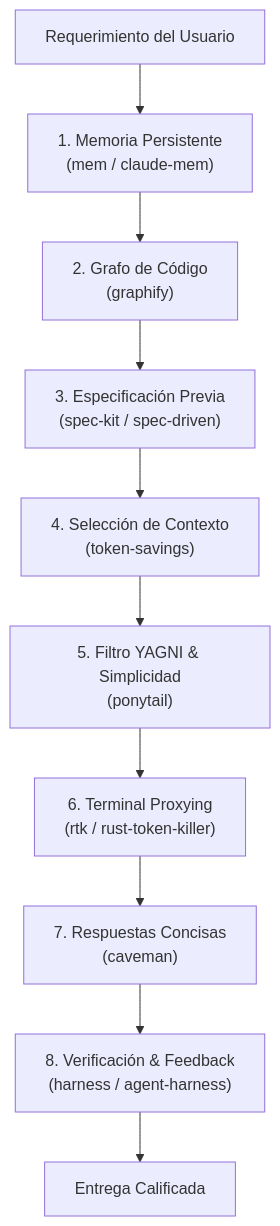
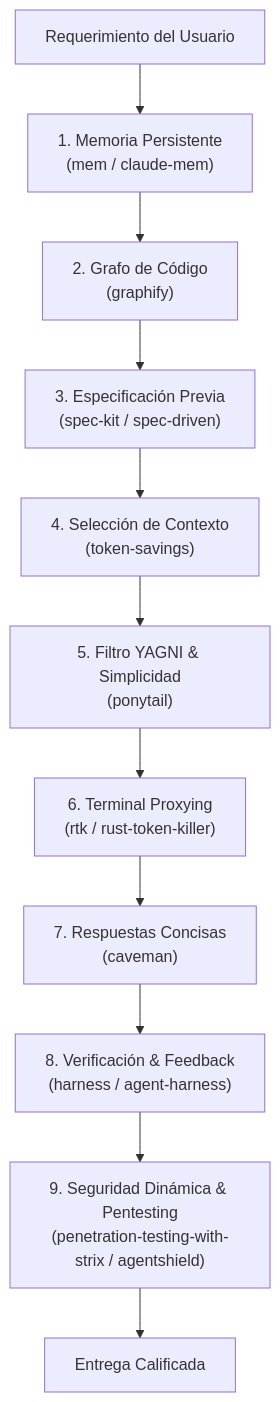
Before and after one commit to camilolealdev/superduperskills: the diagram in docs/CORE-EXECUTION-SUITE.md, drawn with Mermaid. The commit also changed other lines of this file and 16 other files, not shown here.

Commit message:
feat(core): align Strix dynamic pentesting and Spring Boot security into 20 Invariant Cores suite and onboarding

````diff
--- a/docs/CORE-EXECUTION-SUITE.md
+++ b/docs/CORE-EXECUTION-SUITE.md
@@ -17,12 +17,13 @@
 ```mermaid
 flowchart TD
     Start["Requerimiento del Usuario"] --> Mem["1. Memoria Persistente<br>(mem / claude-mem)"]
     Mem --> Graphify["2. Grafo de Código<br>(graphify)"]
     Graphify --> SpecKit["3. Especificación Previa<br>(spec-kit / spec-driven)"]
     SpecKit --> TokenSav["4. Selección de Contexto<br>(token-savings)"]
     TokenSav --> Ponytail["5. Filtro YAGNI & Simplicidad<br>(ponytail)"]
     Ponytail --> RTK["6. Terminal Proxying<br>(rtk / rust-token-killer)"]
     RTK --> Caveman["7. Respuestas Concisas<br>(caveman)"]
     Caveman --> Harness["8. Verificación & Feedback<br>(harness / agent-harness)"]
-    Harness --> Done["Entrega Calificada"]
+    Harness --> Security["9. Seguridad Dinámica & Pentesting<br>(penetration-testing-with-strix / agentshield)"]
+    Security --> Done["Entrega Calificada"]
 ```
````
